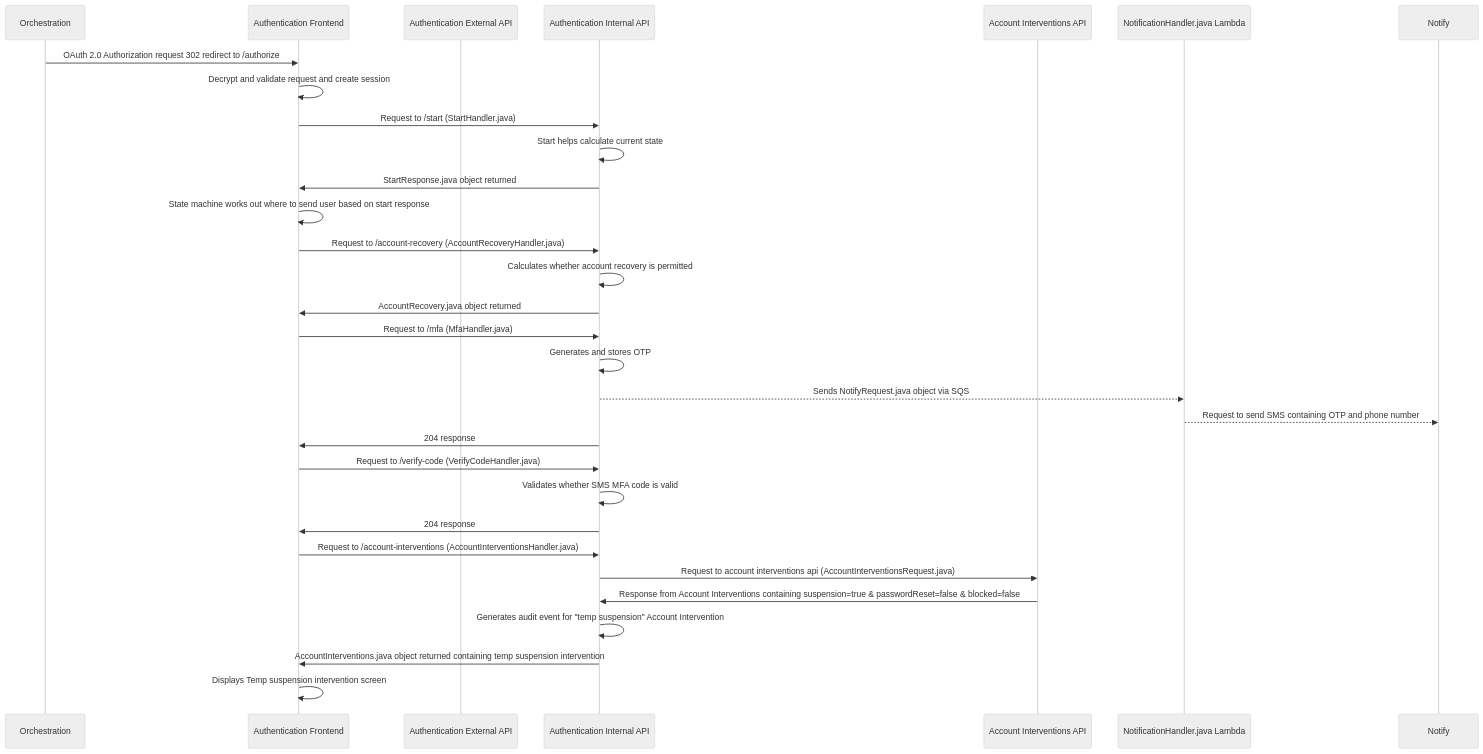
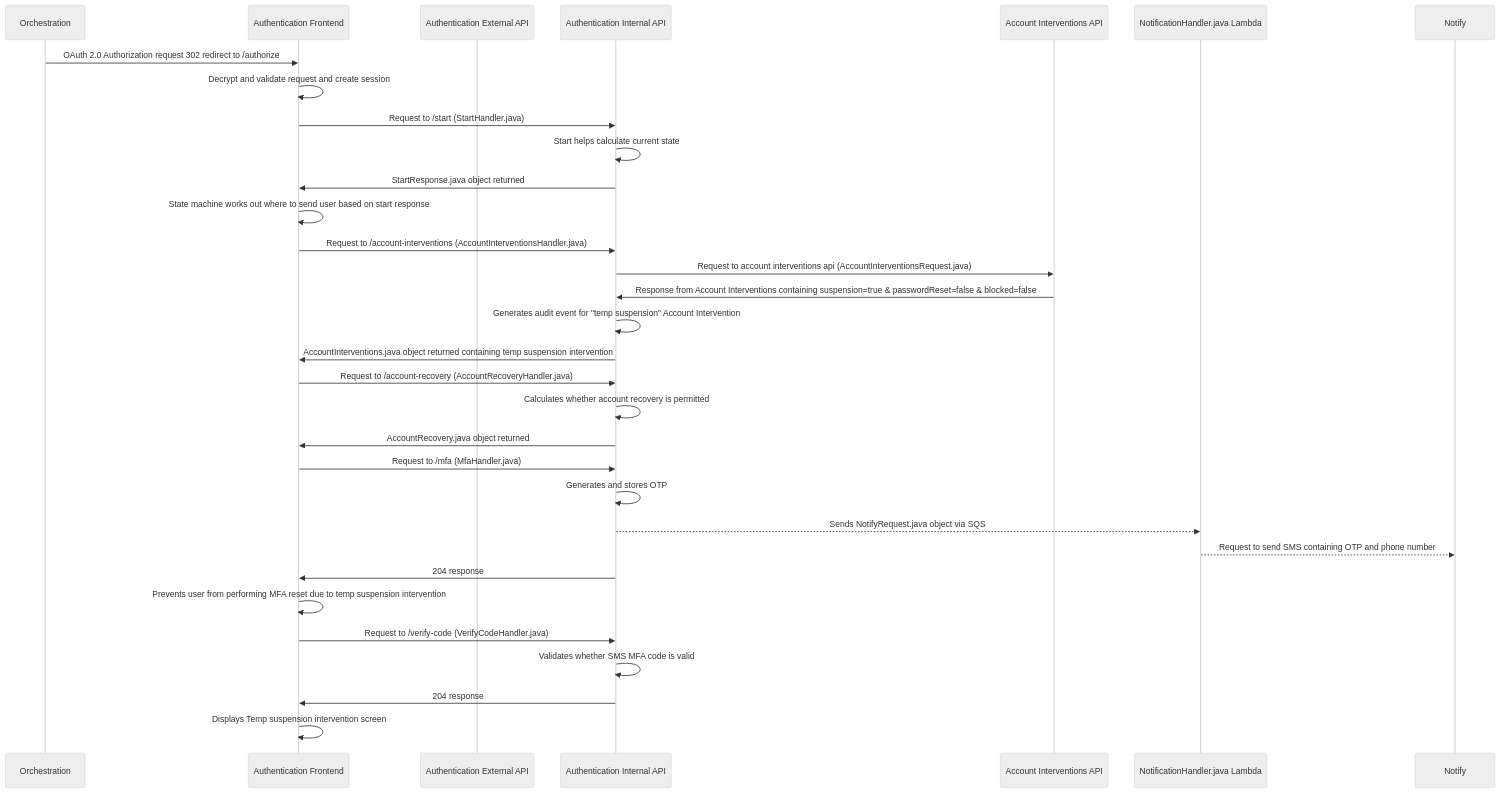
The diagram in docs/diagrams/authentication/login/account-interventions/uplift-sms/uplift-sms-temp-suspension-intervention.mmd (govuk-one-login/authentication-api), drawn with Mermaid (neutral theme) before and after one commit. The commit also changed 28 other files, not shown here.

First line of the commit message:
BAU - Update interventions diagram

```diff
--- a/docs/diagrams/authentication/login/account-interventions/uplift-sms/uplift-sms-temp-suspension-intervention.mmd
+++ b/docs/diagrams/authentication/login/account-interventions/uplift-sms/uplift-sms-temp-suspension-intervention.mmd
@@ -1,31 +1,32 @@
 sequenceDiagram
     participant orch_api as Orchestration
     participant auth_frontend as Authentication Frontend
     participant auth_external_api as Authentication External API
     participant auth_internal_api as Authentication Internal API
     participant account_interventions as Account Interventions API
     participant notification_queue as NotificationHandler.java Lambda   
     participant notify as Notify   
     orch_api ->> auth_frontend : OAuth 2.0 Authorization request 302 redirect to /authorize
     auth_frontend ->> auth_frontend : Decrypt and validate request and create session    
     auth_frontend ->> auth_internal_api : Request to /start (StartHandler.java)
     auth_internal_api ->> auth_internal_api : Start helps calculate current state
     auth_internal_api ->> auth_frontend : StartResponse.java object returned
     auth_frontend ->> auth_frontend : State machine works out where to send user based on start response
+    auth_frontend ->> auth_internal_api : Request to /account-interventions (AccountInterventionsHandler.java)
+    auth_internal_api ->> account_interventions : Request to account interventions api (AccountInterventionsRequest.java)
+    account_interventions ->> auth_internal_api : Response from Account Interventions containing suspension=true & passwordReset=false & blocked=false
+    auth_internal_api ->> auth_internal_api : Generates audit event for "temp suspension" Account Intervention
+    auth_internal_api ->> auth_frontend: AccountInterventions.java object returned containing temp suspension intervention
     auth_frontend ->> auth_internal_api : Request to /account-recovery (AccountRecoveryHandler.java)
     auth_internal_api ->> auth_internal_api : Calculates whether account recovery is permitted
     auth_internal_api ->> auth_frontend: AccountRecovery.java object returned
     auth_frontend ->> auth_internal_api : Request to /mfa (MfaHandler.java)
     auth_internal_api ->> auth_internal_api : Generates and stores OTP
     auth_internal_api -->> notification_queue : Sends NotifyRequest.java object via SQS
     notification_queue -->> notify : Request to send SMS containing OTP and phone number
     auth_internal_api ->> auth_frontend : 204 response 
+    auth_frontend ->> auth_frontend: Prevents user from performing MFA reset due to temp suspension intervention
     auth_frontend ->> auth_internal_api : Request to /verify-code (VerifyCodeHandler.java)
     auth_internal_api ->> auth_internal_api : Validates whether SMS MFA code is valid
     auth_internal_api ->> auth_frontend: 204 response
-    auth_frontend ->> auth_internal_api : Request to /account-interventions (AccountInterventionsHandler.java)
-    auth_internal_api ->> account_interventions : Request to account interventions api (AccountInterventionsRequest.java)
-    account_interventions ->> auth_internal_api : Response from Account Interventions containing suspension=true & passwordReset=false & blocked=false
-    auth_internal_api ->> auth_internal_api : Generates audit event for "temp suspension" Account Intervention
-    auth_internal_api ->> auth_frontend: AccountInterventions.java object returned containing temp suspension intervention
     auth_frontend ->> auth_frontend : Displays Temp suspension intervention screen
```
